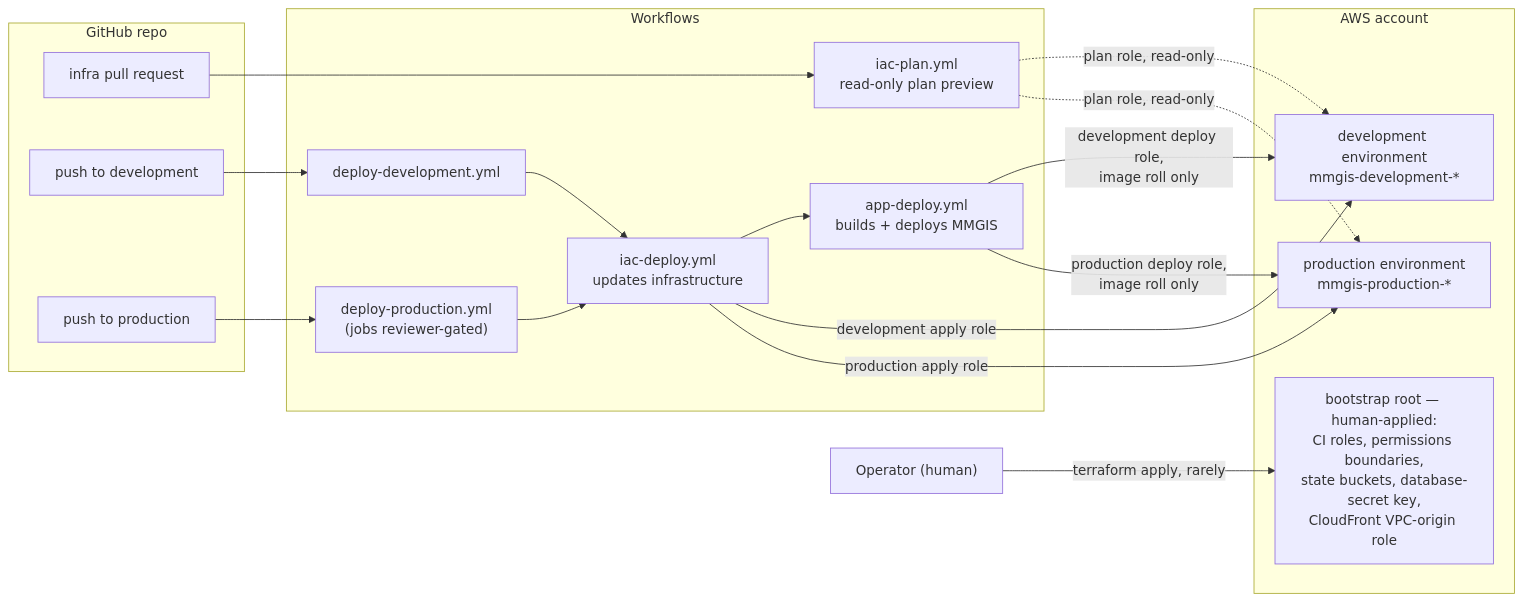
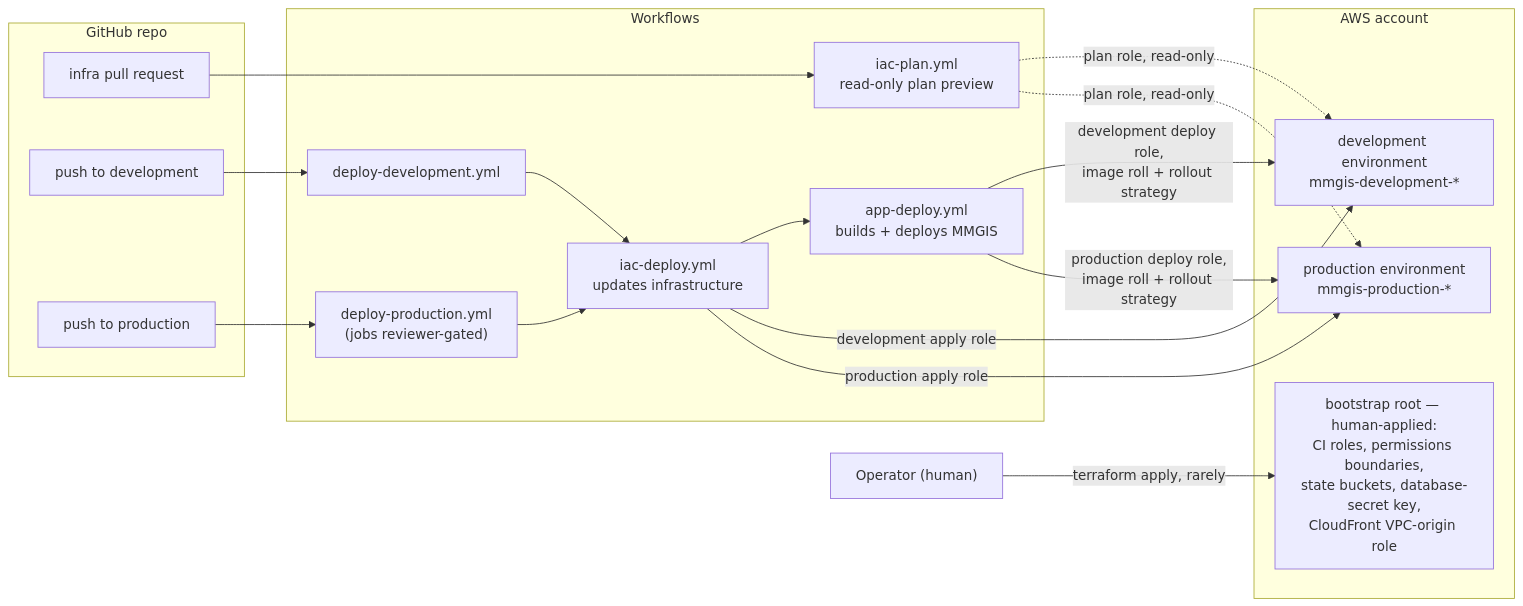
The diagram in docs/infrastructure/README.md (NASA-IMPACT/MMGIS), drawn with Mermaid before and after one commit. The commit also changed 4 other files, not shown here.

````diff
--- a/docs/infrastructure/README.md
+++ b/docs/infrastructure/README.md
@@ -14,33 +14,33 @@
 ```mermaid
 flowchart LR
     subgraph repo["GitHub repo"]
         PRQ["infra pull request"]
         DEV["push to development"]
         PROD["push to production"]
     end
     subgraph wf["Workflows"]
         PLAN["iac-plan.yml<br/>read-only plan preview"]
         TDEV["deploy-development.yml"]
         TPROD["deploy-production.yml<br/>(jobs reviewer-gated)"]
         IAC["iac-deploy.yml<br/>updates infrastructure"]
         APP["app-deploy.yml<br/>builds + deploys MMGIS"]
     end
     subgraph aws["AWS account"]
         BOOT["bootstrap root — human-applied:<br/>CI roles, permissions boundaries,<br/>state buckets, database-secret key,<br/>CloudFront VPC-origin role"]
         ENVD["development environment<br/>mmgis-development-*"]
         ENVP["production environment<br/>mmgis-production-*"]
     end
     PRQ --> PLAN
     DEV --> TDEV
     PROD --> TPROD
     TDEV --> IAC
     TPROD --> IAC
     IAC --> APP
     PLAN -.->|"plan role, read-only"| ENVD
     PLAN -.->|"plan role, read-only"| ENVP
     IAC -->|"development apply role"| ENVD
     IAC -->|"production apply role"| ENVP
-    APP -->|"development deploy role,<br/>image roll only"| ENVD
-    APP -->|"production deploy role,<br/>image roll only"| ENVP
+    APP -->|"development deploy role,<br/>image roll + rollout strategy"| ENVD
+    APP -->|"production deploy role,<br/>image roll + rollout strategy"| ENVP
     OP["Operator (human)"] -->|"terraform apply, rarely"| BOOT
 ```
````
